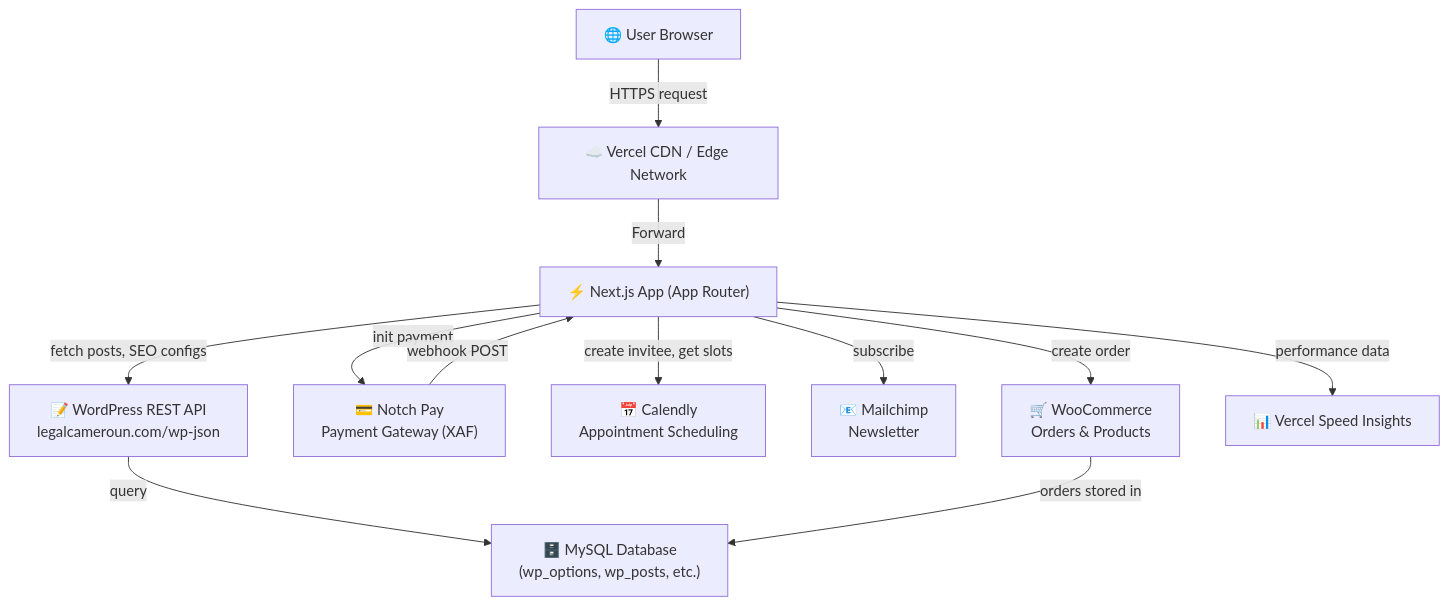
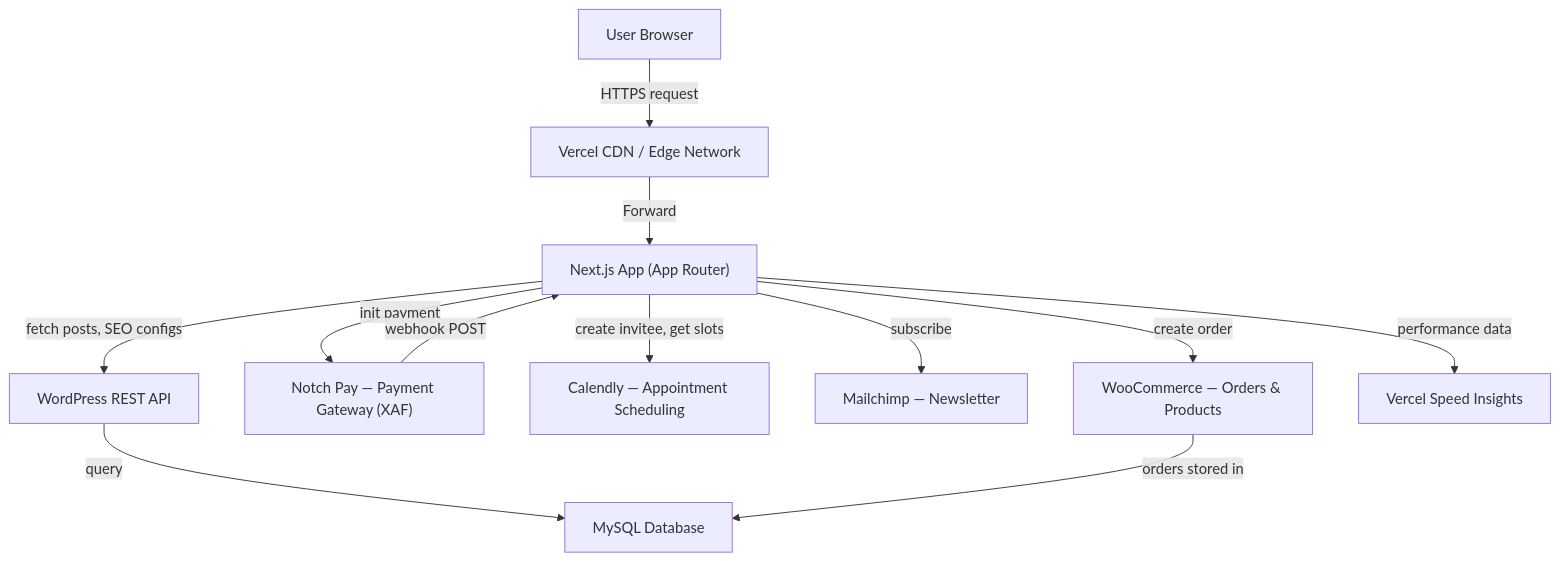
One commit to nt-michael/legal-cameroun-public changed the first of 4 diagrams in HANDBOOK.md. Above: the diagram before and after it, drawn with Mermaid. The commit also changed other lines of this file and 8 other files, not shown here.

````diff
--- a/HANDBOOK.md
+++ b/HANDBOOK.md
@@ -58,25 +70,25 @@
 ```mermaid
 graph TD
-    User["🌐 User Browser"]
-    Vercel["☁️ Vercel CDN / Edge Network"]
-    Next["⚡ Next.js App (App Router)"]
-    WP["📝 WordPress REST API\nlegalcameroun.com/wp-json"]
-    MySQL["🗄️ MySQL Database\n(wp_options, wp_posts, etc.)"]
-    NotchPay["💳 Notch Pay\nPayment Gateway (XAF)"]
-    Calendly["📅 Calendly\nAppointment Scheduling"]
-    Mailchimp["📧 Mailchimp\nNewsletter"]
-    WooCommerce["🛒 WooCommerce\nOrders & Products"]
-    SpeedInsights["📊 Vercel Speed Insights"]
+    User["User Browser"]
+    Vercel["Vercel CDN / Edge Network"]
+    Next["Next.js App (App Router)"]
+    WP["WordPress REST API"]
+    MySQL["MySQL Database"]
+    NotchPay["Notch Pay — Payment Gateway (XAF)"]
+    Calendly["Calendly — Appointment Scheduling"]
+    Mailchimp["Mailchimp — Newsletter"]
+    WooCommerce["WooCommerce — Orders & Products"]
+    SpeedInsights["Vercel Speed Insights"]
 
     User -->|HTTPS request| Vercel
     Vercel -->|Forward| Next
     Next -->|fetch posts, SEO configs| WP
     Next -->|create invitee, get slots| Calendly
     Next -->|init payment| NotchPay
     Next -->|subscribe| Mailchimp
     Next -->|create order| WooCommerce
     Next -->|performance data| SpeedInsights
     WP -->|query| MySQL
     WooCommerce -->|orders stored in| MySQL
     NotchPay -->|webhook POST| Next
 ```
````
